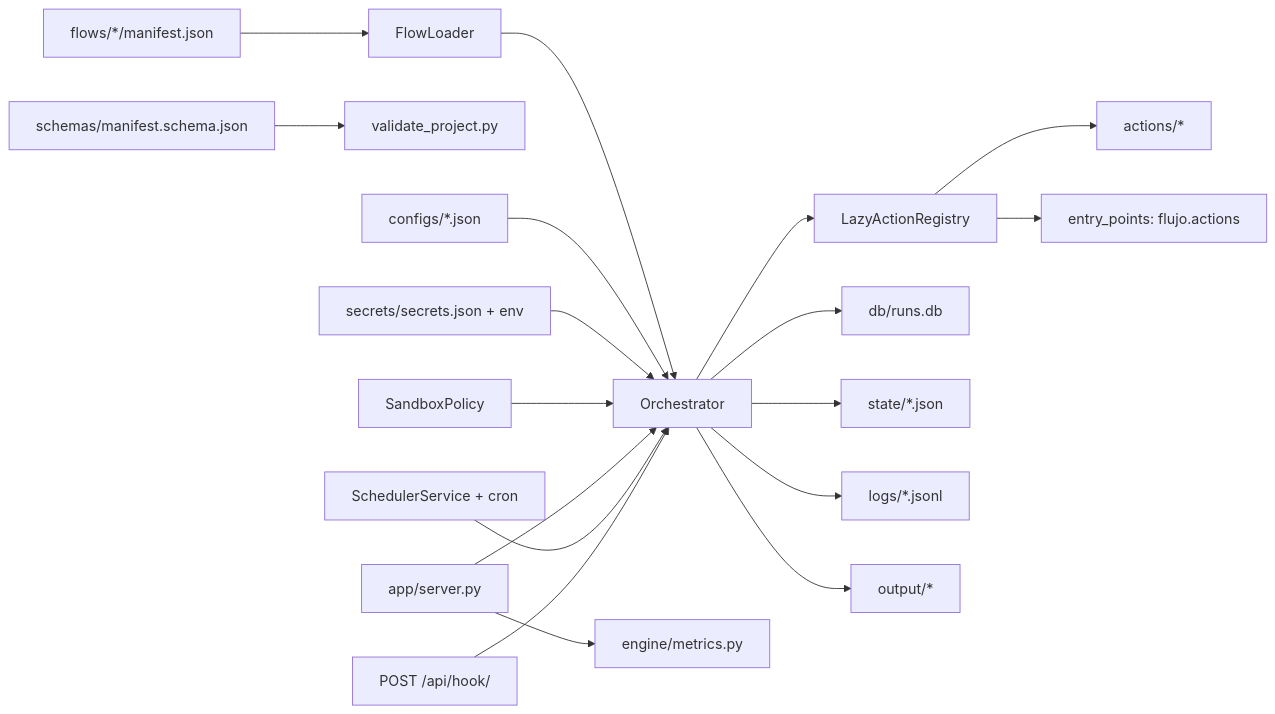
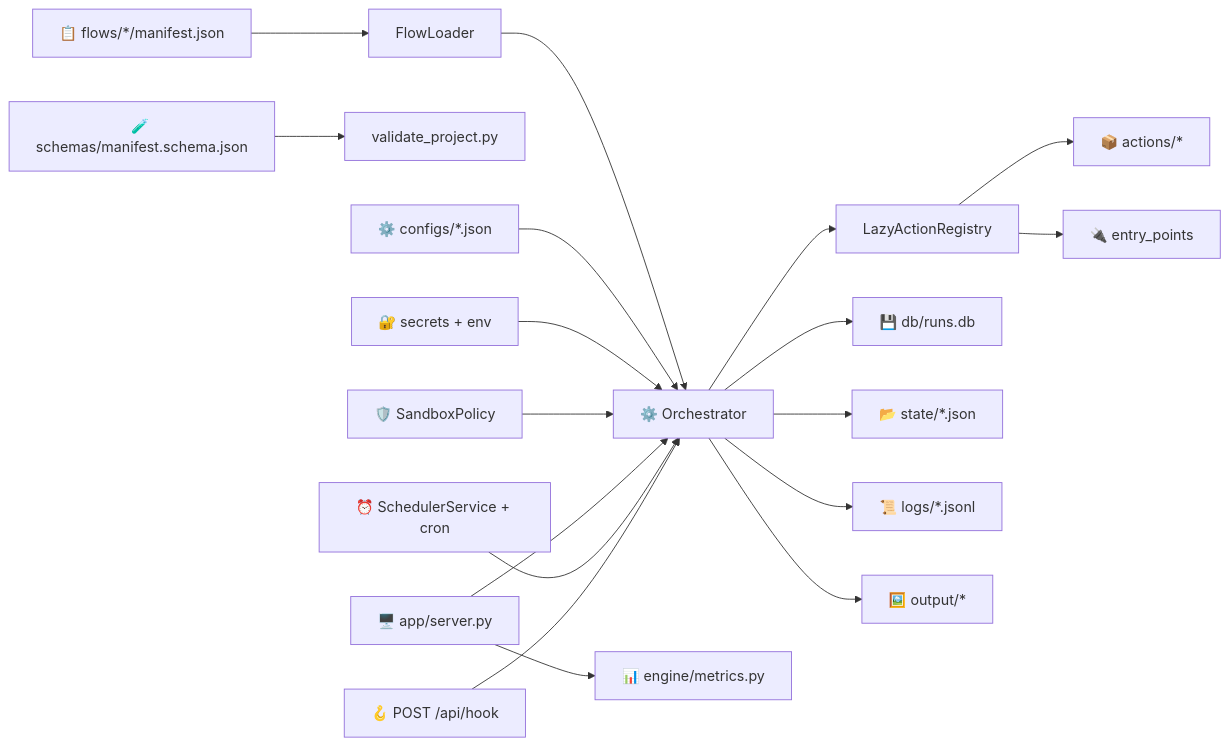
Before and after one commit to vladimiracunadev-create/flujo-autonomo-repo: the diagram in README.md, drawn with Mermaid. The commit also changed other lines of this file and 10 other files, not shown here.

````diff
--- a/README.md
+++ b/README.md
@@ -114,20 +137,20 @@
 ```mermaid
 flowchart LR
-    Flow["flows/*/manifest.json"] --> Loader["FlowLoader"]
-    Loader --> Orchestrator["Orchestrator"]
-    Schema["schemas/manifest.schema.json"] --> Validator["validate_project.py"]
-    Config["configs/*.json"] --> Orchestrator
-    Secrets["secrets/secrets.json + env"] --> Orchestrator
-    Sandbox["SandboxPolicy"] --> Orchestrator
+    Flow["📋 flows/*/manifest.json"] --> Loader["FlowLoader"]
+    Loader --> Orchestrator["⚙️ Orchestrator"]
+    Schema["🧪 schemas/manifest.schema.json"] --> Validator["validate_project.py"]
+    Config["⚙️ configs/*.json"] --> Orchestrator
+    Secrets["🔐 secrets + env"] --> Orchestrator
+    Sandbox["🛡️ SandboxPolicy"] --> Orchestrator
     Orchestrator --> Registry["LazyActionRegistry"]
-    Registry --> Builtin["actions/*"]
-    Registry --> External["entry_points: flujo.actions"]
-    Orchestrator --> DB["db/runs.db"]
-    Orchestrator --> State["state/*.json"]
-    Orchestrator --> Logs["logs/*.jsonl"]
-    Orchestrator --> Output["output/*"]
-    Panel["app/server.py"] --> Orchestrator
-    Panel --> Metrics["engine/metrics.py"]
-    Scheduler["SchedulerService + cron"] --> Orchestrator
-    Webhook["POST /api/hook/<folder>"] --> Orchestrator
+    Registry --> Builtin["📦 actions/*"]
+    Registry --> External["🔌 entry_points"]
+    Orchestrator --> DB["💾 db/runs.db"]
+    Orchestrator --> State["📂 state/*.json"]
+    Orchestrator --> Logs["📜 logs/*.jsonl"]
+    Orchestrator --> Output["🖼️ output/*"]
+    Panel["🖥️ app/server.py"] --> Orchestrator
+    Panel --> Metrics["📊 engine/metrics.py"]
+    Scheduler["⏰ SchedulerService + cron"] --> Orchestrator
+    Webhook["🪝 POST /api/hook"] --> Orchestrator
 ```
````
